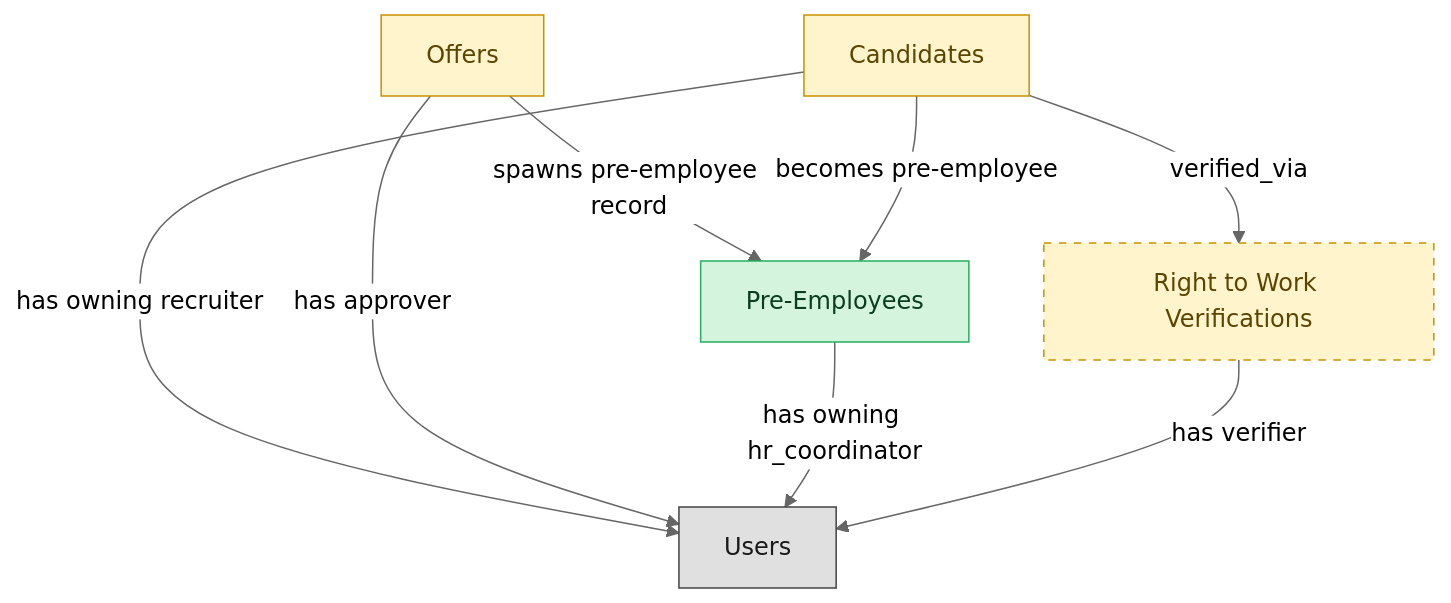
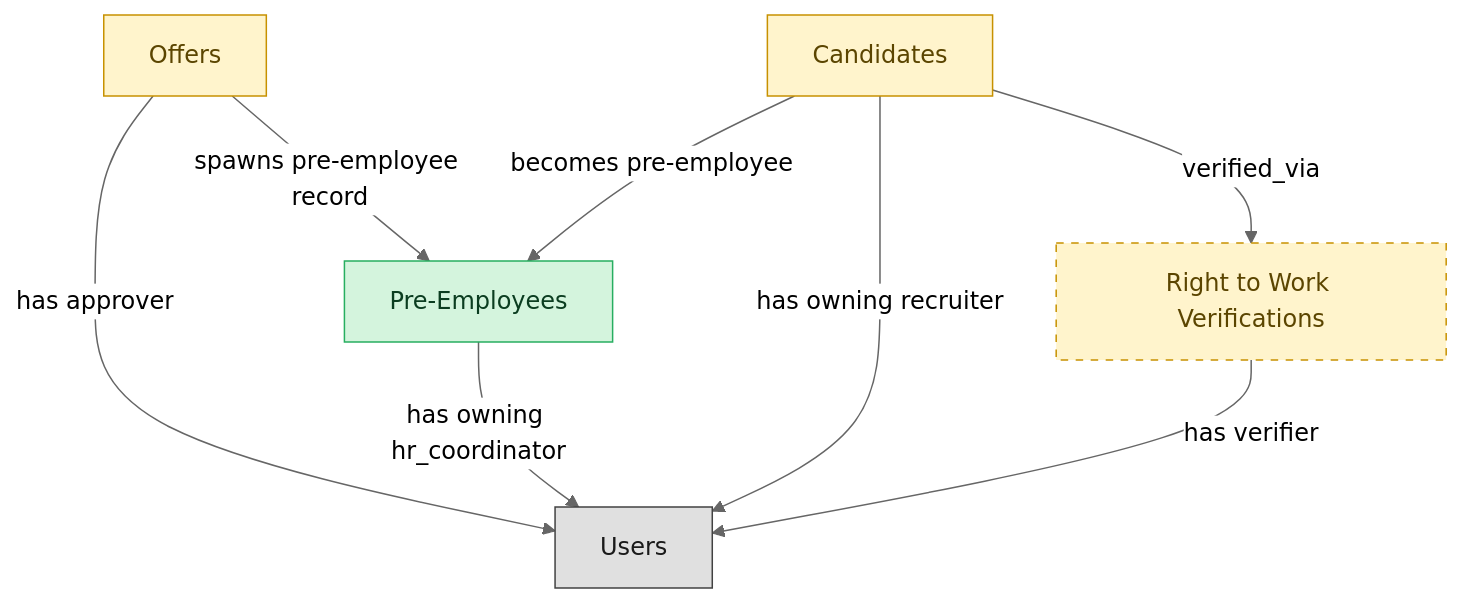
Before and after one commit to IntranetFactory/domain-map: the diagram in catalog/blueprints/ats-pre-employee-record-semantic-blueprint.md, drawn with Mermaid (neutral theme). The commit also changed other lines of this file and 35 other files, not shown here.

````diff
--- a/catalog/blueprints/ats-pre-employee-record-semantic-blueprint.md
+++ b/catalog/blueprints/ats-pre-employee-record-semantic-blueprint.md
@@ -33,24 +33,24 @@
 ```mermaid
 flowchart TD
   classDef master fill:#d4f4dd,stroke:#27ae60,color:#0b3d20;
   classDef embedded_master fill:#fff4cc,stroke:#c79100,color:#5b4500;
   classDef platform_builtin fill:#e0e0e0,stroke:#424242,color:#1a1a1a;
-  pre_employees["Pre-Employees"]
   candidates["Candidates"]
   job_offers["Offers"]
+  pre_employees["Pre-Employees"]
   right_to_work_verifications["Right to Work Verifications"]
   users["Users"]
-  candidates -->|"verified_via"| right_to_work_verifications
   job_offers -->|"spawns pre-employee record"| pre_employees
   candidates -->|"becomes pre-employee"| pre_employees
-  candidates -->|"has owning recruiter"| users
+  candidates -->|"verified_via"| right_to_work_verifications
   job_offers -->|"has approver"| users
   pre_employees -->|"has owning hr_coordinator"| users
+  candidates -->|"has owning recruiter"| users
   right_to_work_verifications -->|"has verifier"| users
-  class pre_employees master;
   class candidates embedded_master;
   class job_offers embedded_master;
+  class pre_employees master;
   class right_to_work_verifications embedded_master;
   class users platform_builtin;
   style right_to_work_verifications stroke-dasharray:5 5;
 ```
````
